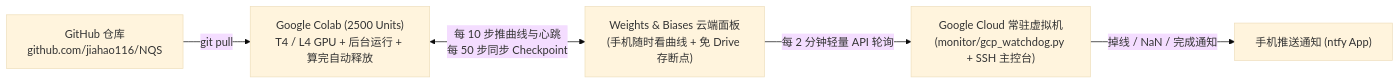
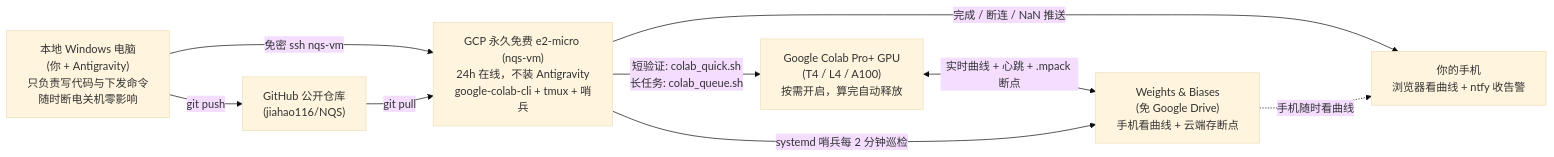
One commit to jiahao116/NQS changed the diagram in docs/WORKFLOW_GUIDE.md. Above: the diagram before and after it, drawn with Mermaid (base theme). The commit also changed other lines of this file and 8 other files, not shown here.

````diff
--- a/docs/WORKFLOW_GUIDE.md
+++ b/docs/WORKFLOW_GUIDE.md
@@ -13,7 +24,18 @@
 ```mermaid
 flowchart LR
-    GH["GitHub 仓库<br/>github.com/jiahao116/NQS"] -->|"git pull"| COLAB["Google Colab (2500 Units)<br/>T4 / L4 GPU + 后台运行 + 算完自动释放"]
-    COLAB <-->|"每 10 步推曲线与心跳<br/>每 50 步同步 Checkpoint"| WANDB["Weights & Biases 云端面板<br/>(手机随时看曲线 + 免 Drive 存断点)"]
-    WANDB -->|"每 2 分钟轻量 API 轮询"| GCP["Google Cloud 常驻虚拟机<br/>(monitor/gcp_watchdog.py + SSH 主控台)"]
-    GCP -->|"掉线 / NaN / 完成通知"| PHONE["手机推送通知 (ntfy App)"]
+    PC["本地 Windows 电脑<br/>(你 + Antigravity)<br/>只负责写代码与下发命令<br/>随时断电关机零影响"]
+    GH["GitHub 公开仓库<br/>(jiahao116/NQS)"]
+    VM["GCP 永久免费 e2-micro (nqs-vm)<br/>24h 在线，不装 Antigravity<br/>google-colab-cli + tmux + 哨兵"]
+    COLAB["Google Colab Pro+ GPU<br/>(T4 / L4 / A100)<br/>按需开启，算完自动释放"]
+    WANDB["Weights & Biases<br/>(免 Google Drive)<br/>手机看曲线 + 云端存断点"]
+    PHONE["你的手机<br/>浏览器看曲线 + ntfy 收告警"]
+
+    PC -->|"git push"| GH
+    PC -->|"免密 ssh nqs-vm"| VM
+    GH -->|"git pull"| VM
+    VM -->|"短验证: colab_quick.sh<br/>长任务: colab_queue.sh"| COLAB
+    COLAB <-->|"实时曲线 + 心跳 + .mpack 断点"| WANDB
+    VM -->|"systemd 哨兵每 2 分钟巡检"| WANDB
+    VM -->|"完成 / 断连 / NaN 推送"| PHONE
+    WANDB -.->|"手机随时看曲线"| PHONE
 ```
````
